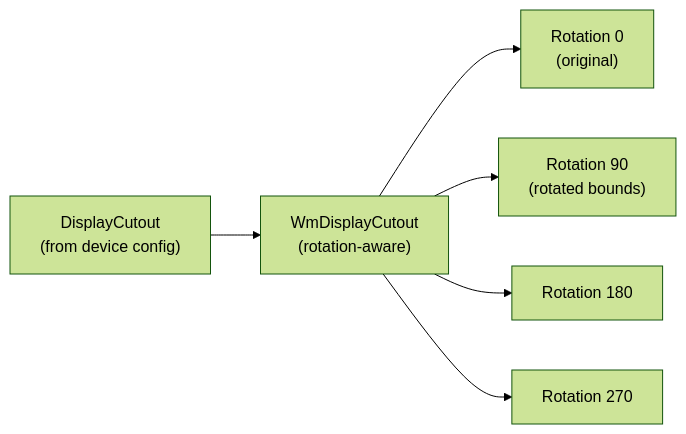
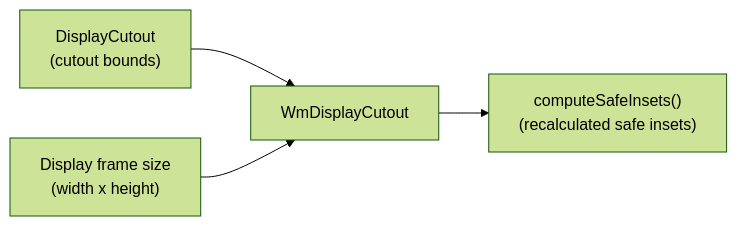
Before and after one commit to aospbooks/aosp-internal-book: diagram 19 of 43 in agents/claude/skills/aosp-framework-core/24-display-system.md, drawn with Mermaid (forest theme). The commit also changed other lines of this file and 218 other files, not shown here.

````diff
--- a/agents/claude/skills/aosp-framework-core/24-display-system.md
+++ b/agents/claude/skills/aosp-framework-core/24-display-system.md
@@ -1627,8 +1647,6 @@
 ```mermaid
 graph LR
-    DC2["DisplayCutout<br/>(from device config)"] --> WDC["WmDisplayCutout<br/>(rotation-aware)"]
-    WDC --> R0["Rotation 0<br/>(original)"]
-    WDC --> R90["Rotation 90<br/>(rotated bounds)"]
-    WDC --> R180["Rotation 180"]
-    WDC --> R270["Rotation 270"]
+    DC2["DisplayCutout<br/>(cutout bounds)"] --> WDC["WmDisplayCutout"]
+    FS["Display frame size<br/>(width x height)"] --> WDC
+    WDC --> SI["computeSafeInsets()<br/>(recalculated safe insets)"]
 ```
````
